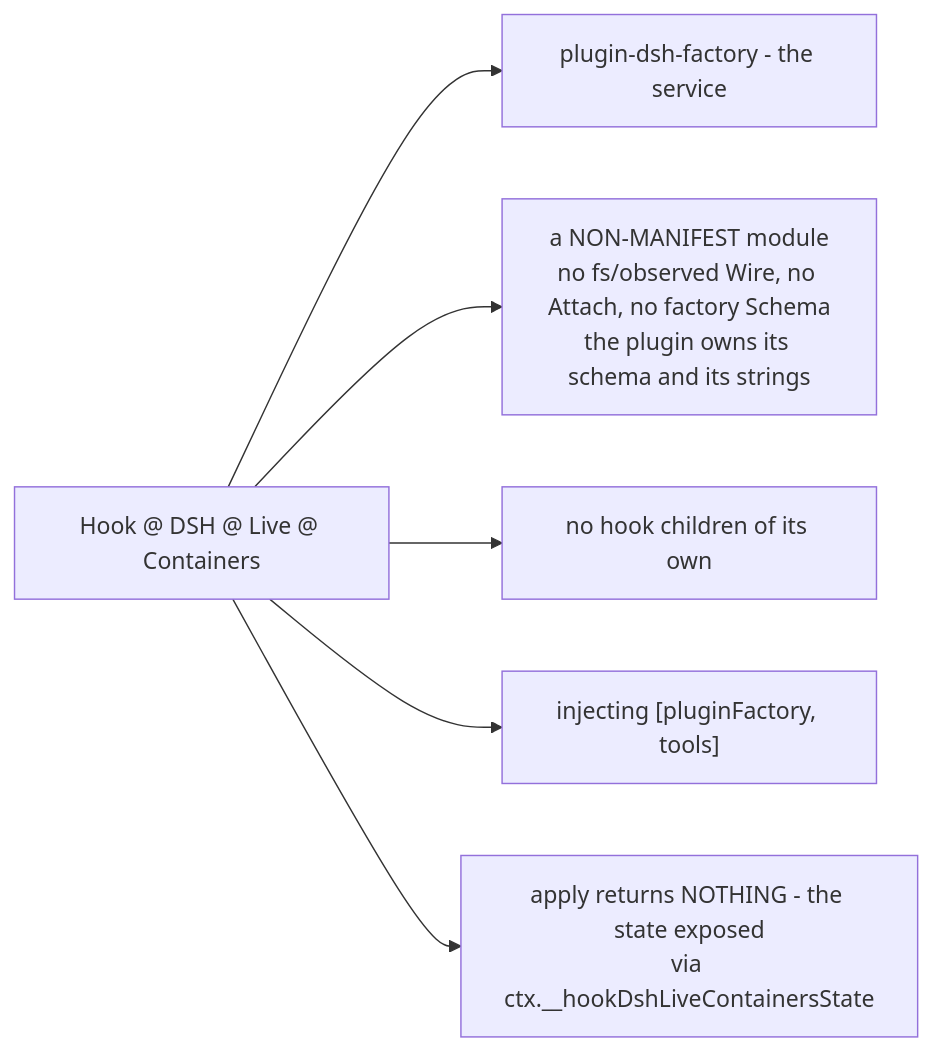
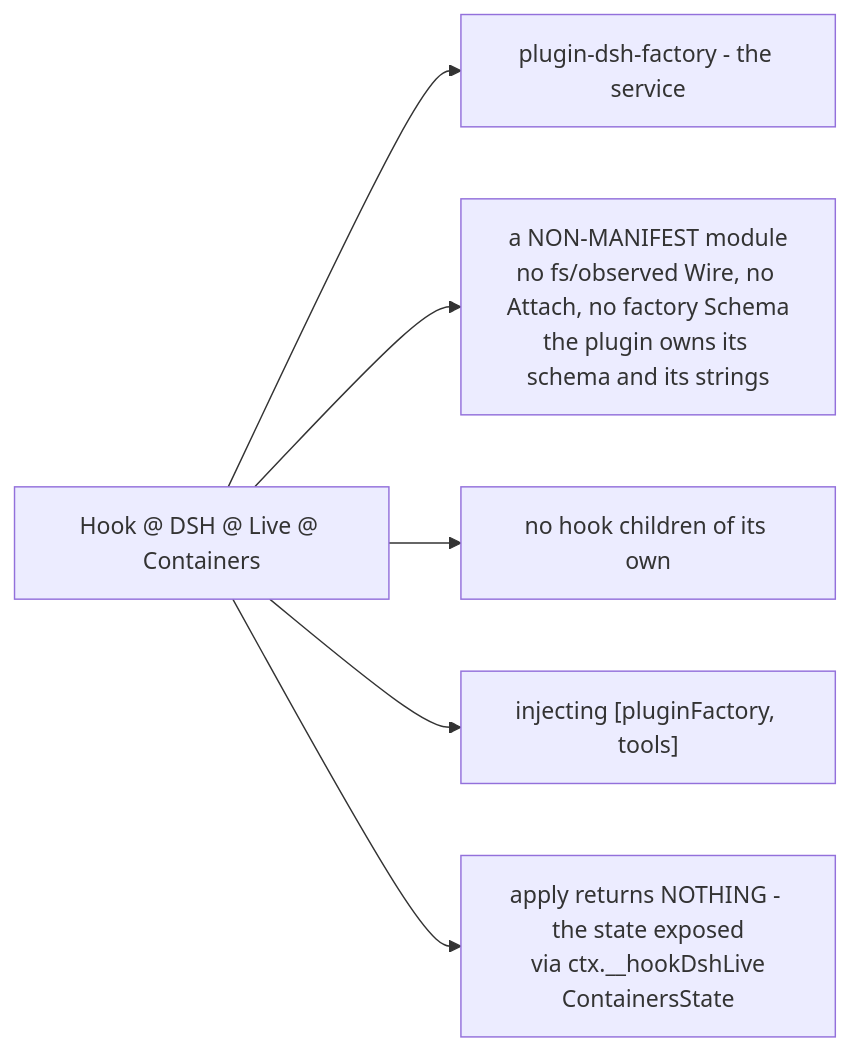
Before and after one commit to PlayForm/Site-DeepSeek: the diagram in Source/Content/Mermaid/live-family-position.mmd, drawn with Mermaid. The commit also changed 14 other files, not shown here.

First line of the commit message:
chore(site): escape Mermaid label arrows and rewrap long labels

```diff
--- a/Source/Content/Mermaid/live-family-position.mmd
+++ b/Source/Content/Mermaid/live-family-position.mmd
@@ -1,6 +1,6 @@
 flowchart LR
 	LIVE["Hook @ DSH @ Live @ Containers"] --> FACTORY["plugin-dsh-factory - the service"]
 	LIVE --> NONMAN["a NON-MANIFEST module<br/>no fs/observed Wire, no Attach, no factory Schema<br/>the plugin owns its schema and its strings"]
 	LIVE --> NOCHILD["no hook children of its own"]
 	LIVE --> INJ["injecting [pluginFactory, tools]"]
-	LIVE --> STATE["apply returns NOTHING - the state exposed<br/>via ctx.__hookDshLiveContainersState"]
+	LIVE --> STATE["apply returns NOTHING - the state exposed<br/>via ctx.__hookDshLive<br/>ContainersState"]
```
